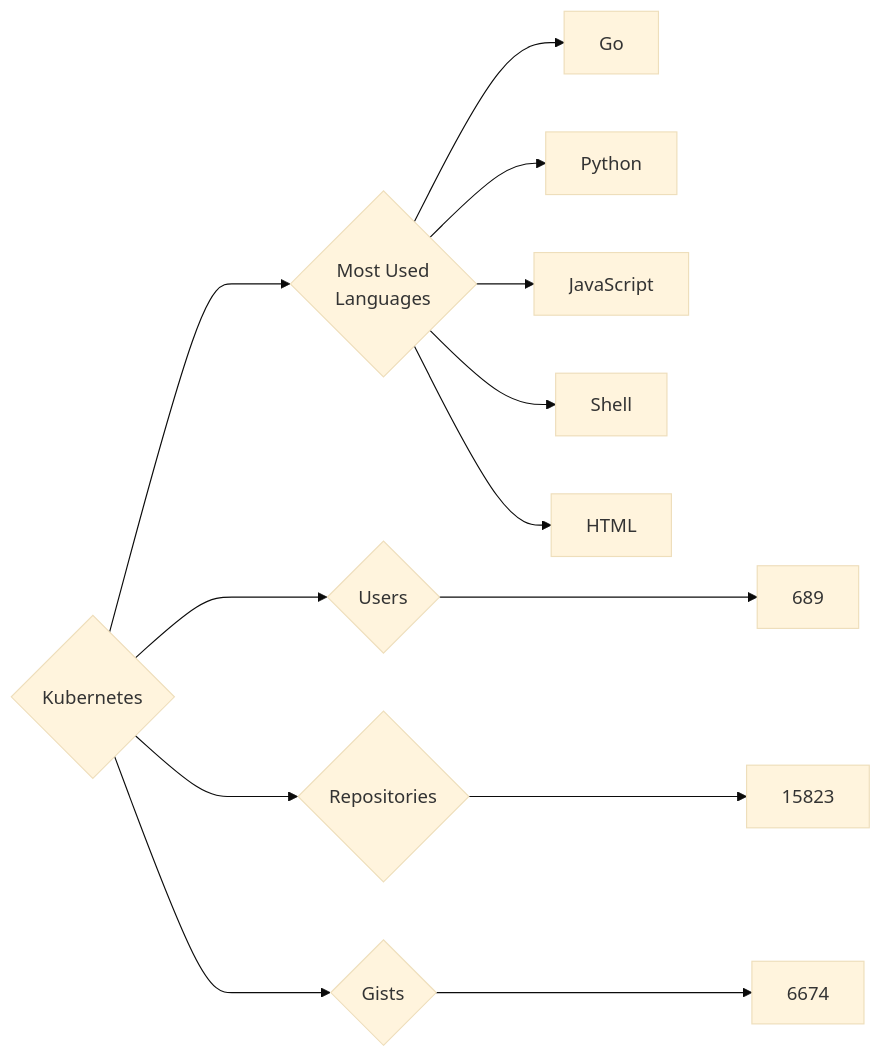
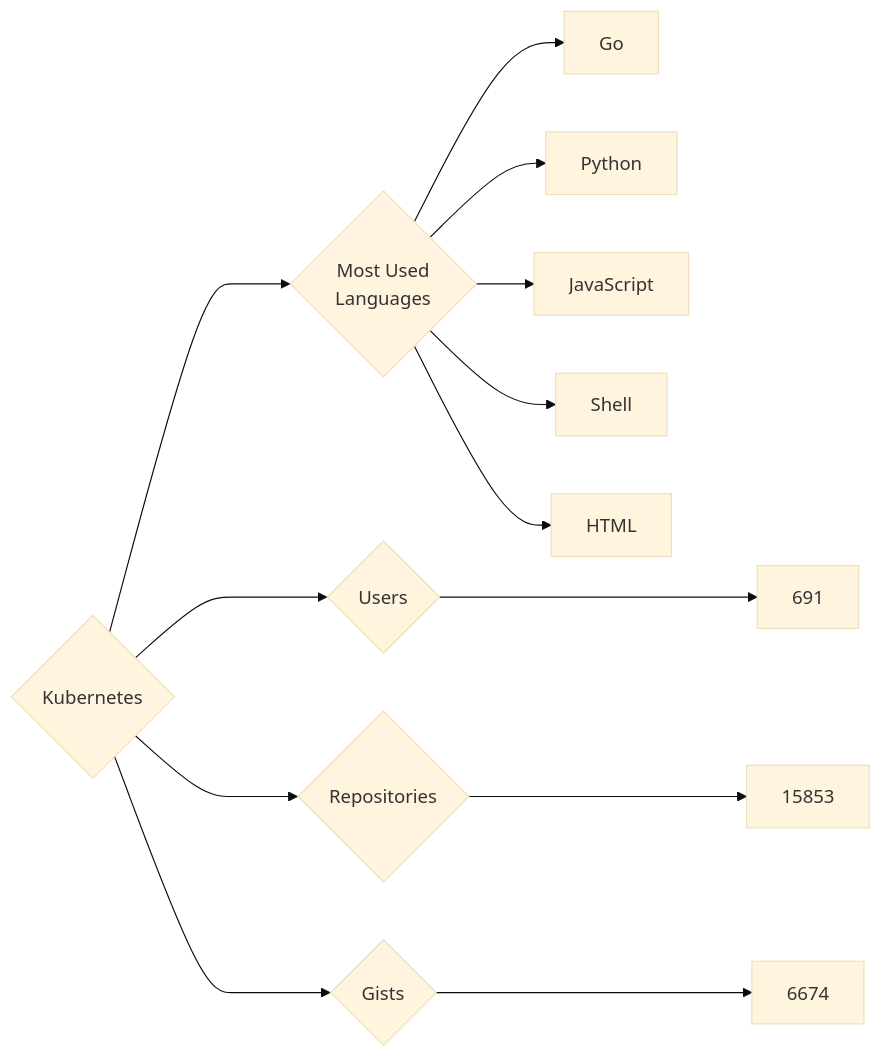
The diagram in targets/Kubernetes/README.md (trickest/insiders), drawn with Mermaid (base theme) before and after one commit. The commit also changed 553 other files, not shown here.

````diff
--- a/targets/Kubernetes/README.md
+++ b/targets/Kubernetes/README.md
@@ -3,13 +3,13 @@
 ```mermaid
 graph LR
 COMPANY_NAME{Kubernetes}
-COMPANY_NAME ---> U{Users} ---> UN[689]
-COMPANY_NAME ---> R{Repositories} ---> RN[15823]
+COMPANY_NAME ---> U{Users} ---> UN[691]
+COMPANY_NAME ---> R{Repositories} ---> RN[15853]
 COMPANY_NAME ---> G{Gists} ---> GN[6674]
 COMPANY_NAME ---> ML{Most Used<br>Languages}
 ML --> Go[Go]
 ML --> Python[Python]
 ML --> JavaScript[JavaScript]
 ML --> Shell[Shell]
 ML --> HTML[HTML]
 ```
````
